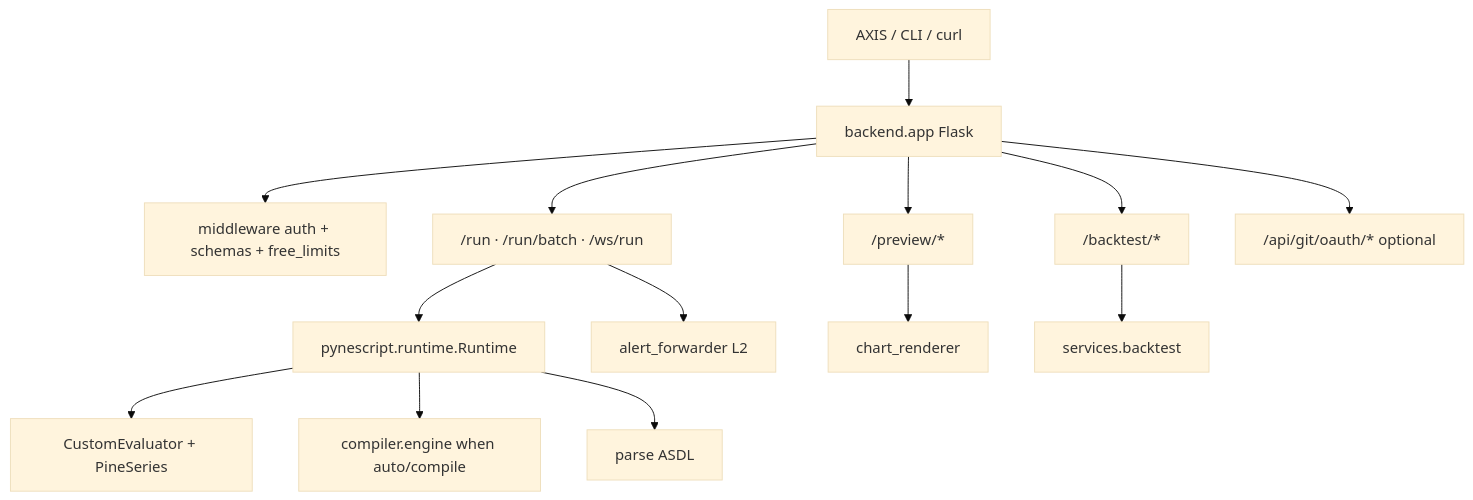
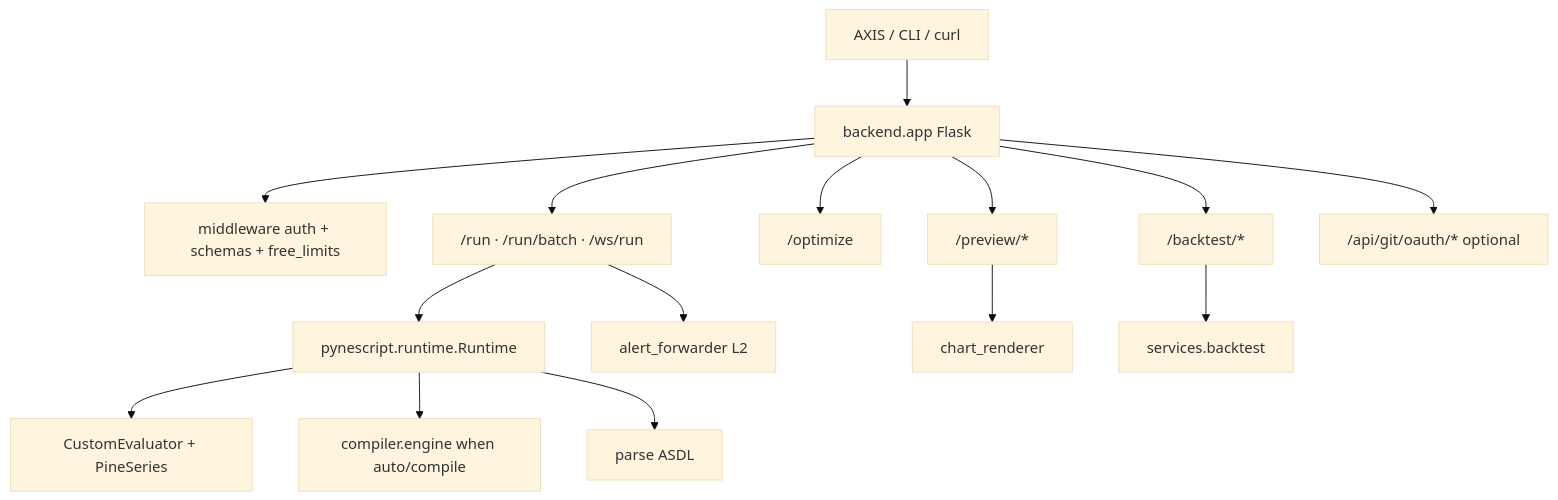
The diagram in docs/pyne/api/index.mdx (hoox-sh/pyne), drawn with Mermaid (base theme) before and after one commit. The commit also changed other lines of this file and 12 other files, not shown here.

````diff
--- a/docs/pyne/api/index.mdx
+++ b/docs/pyne/api/index.mdx
@@ -47,16 +47,17 @@
 ```mermaid
 flowchart TB
   CLIENT[AXIS / CLI / curl] --> FLASK[backend.app Flask]
   FLASK --> AUTH[middleware auth + schemas + free_limits]
   FLASK --> RUN["/run · /run/batch · /ws/run"]
+  FLASK --> OPT["/optimize"]
   FLASK --> PREV["/preview/*"]
   FLASK --> BT["/backtest/*"]
   FLASK --> GIT["/api/git/oauth/* optional"]
   RUN --> RT[pynescript.runtime.Runtime]
   RUN --> WH[alert_forwarder L2]
   PREV --> CHART[chart_renderer]
   BT --> BACK[services.backtest]
   RT --> EVAL[CustomEvaluator + PineSeries]
   RT --> CMP[compiler.engine when auto/compile]
   RT --> AST[parse ASDL]
 ```
````
